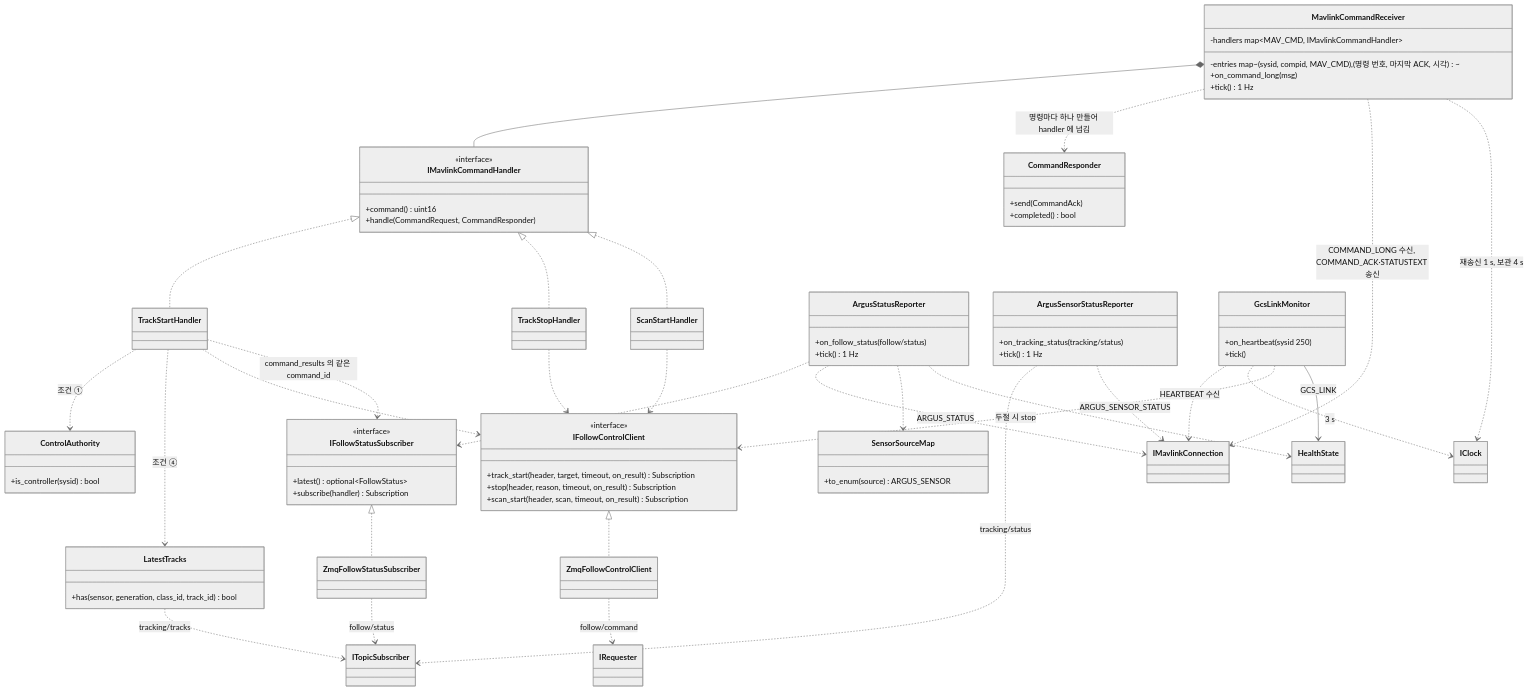
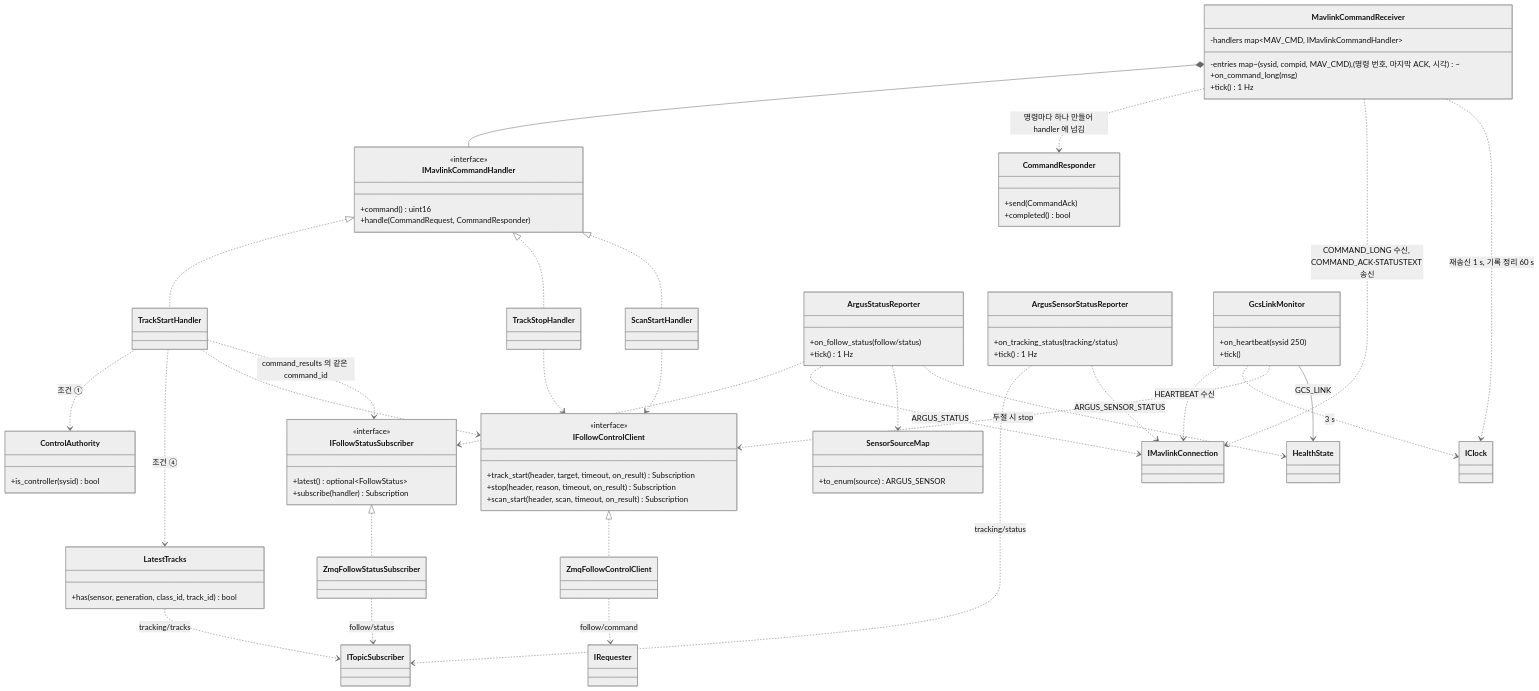
One commit to lig-argus/argus-edge-vision changed the third of 3 diagrams in docs/design/uml/class_onboard.md. Above: the diagram before and after it, drawn with Mermaid (neutral theme). The commit also changed 4 other files, not shown here.

First line of the commit message:
docs(common): 명령 번호 시작값과 CANCELLED 를 argus.xml, ICD 4.2, UML 에 반영

```diff
--- a/docs/design/uml/class_onboard.md
+++ b/docs/design/uml/class_onboard.md
@@ -257,7 +257,7 @@
     MavlinkCommandReceiver *-- IMavlinkCommandHandler
     MavlinkCommandReceiver ..> CommandResponder : 명령마다 하나 만들어 handler 에 넘김
     MavlinkCommandReceiver ..> IMavlinkConnection : COMMAND_LONG 수신, COMMAND_ACK·STATUSTEXT 송신
-    MavlinkCommandReceiver ..> IClock : 재송신 1 s, 보관 4 s
+    MavlinkCommandReceiver ..> IClock : 재송신 1 s, 기록 정리 60 s
     TrackStartHandler ..> ControlAuthority : 조건 ①
     TrackStartHandler ..> LatestTracks : 조건 ④
     TrackStartHandler ..> IFollowControlClient
```
